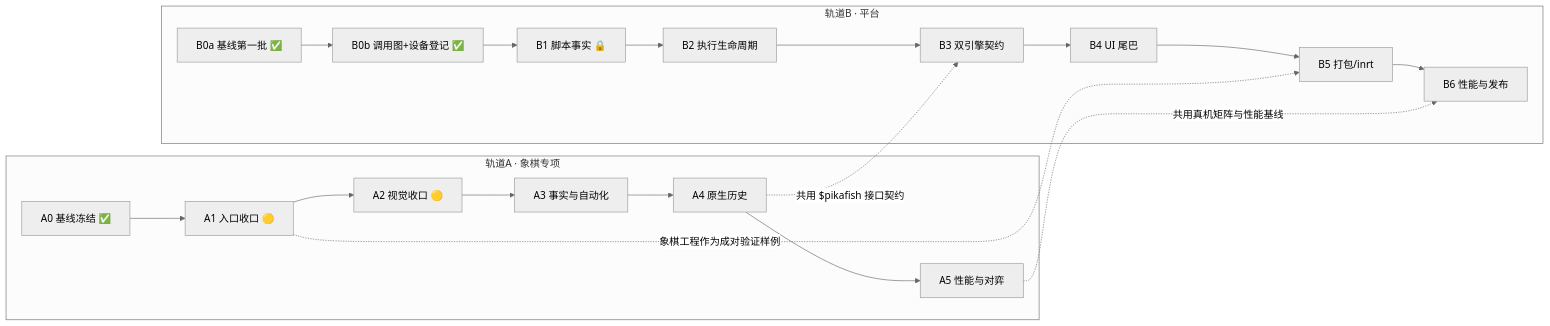
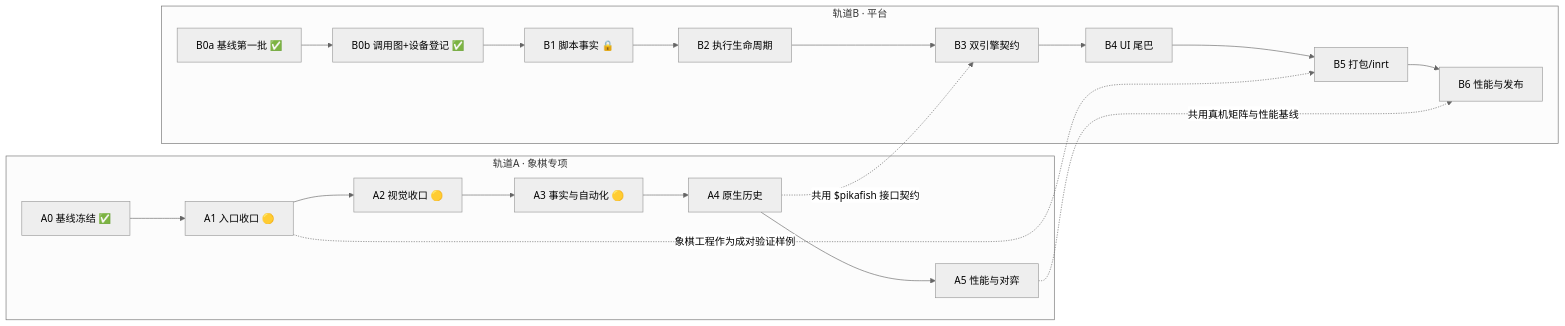
Before and after one commit to Jdkshen/ai.js-pro: the diagram in docs/plans/整仓重构全程计划_2026-09-23.md, drawn with Mermaid (neutral theme). The commit also changed other lines of this file, not shown here.

````diff
--- a/docs/plans/整仓重构全程计划_2026-09-23.md
+++ b/docs/plans/整仓重构全程计划_2026-09-23.md
@@ -16,14 +16,14 @@
 ```mermaid
 flowchart LR
   subgraph A[轨道A · 象棋专项]
     A0[A0 基线冻结 ✅] --> A1[A1 入口收口 🟡]
-    A1 --> A2[A2 视觉收口 🟡] --> A3[A3 事实与自动化] --> A4[A4 原生历史] --> A5[A5 性能与对弈]
+    A1 --> A2[A2 视觉收口 🟡] --> A3[A3 事实与自动化 🟡] --> A4[A4 原生历史] --> A5[A5 性能与对弈]
   end
   subgraph B[轨道B · 平台]
     B0a[B0a 基线第一批 ✅] --> B0b[B0b 调用图+设备登记 ✅]
     B0b --> B1[B1 脚本事实 🔒] --> B2[B2 执行生命周期] --> B3[B3 双引擎契约] --> B4[B4 UI 尾巴] --> B5[B5 打包/inrt] --> B6[B6 性能与发布]
   end
   A4 -.共用 $pikafish 接口契约.-> B3
   A5 -.共用真机矩阵与性能基线.-> B6
   A1 -.象棋工程作为成对验证样例.-> B5
 ```
````
